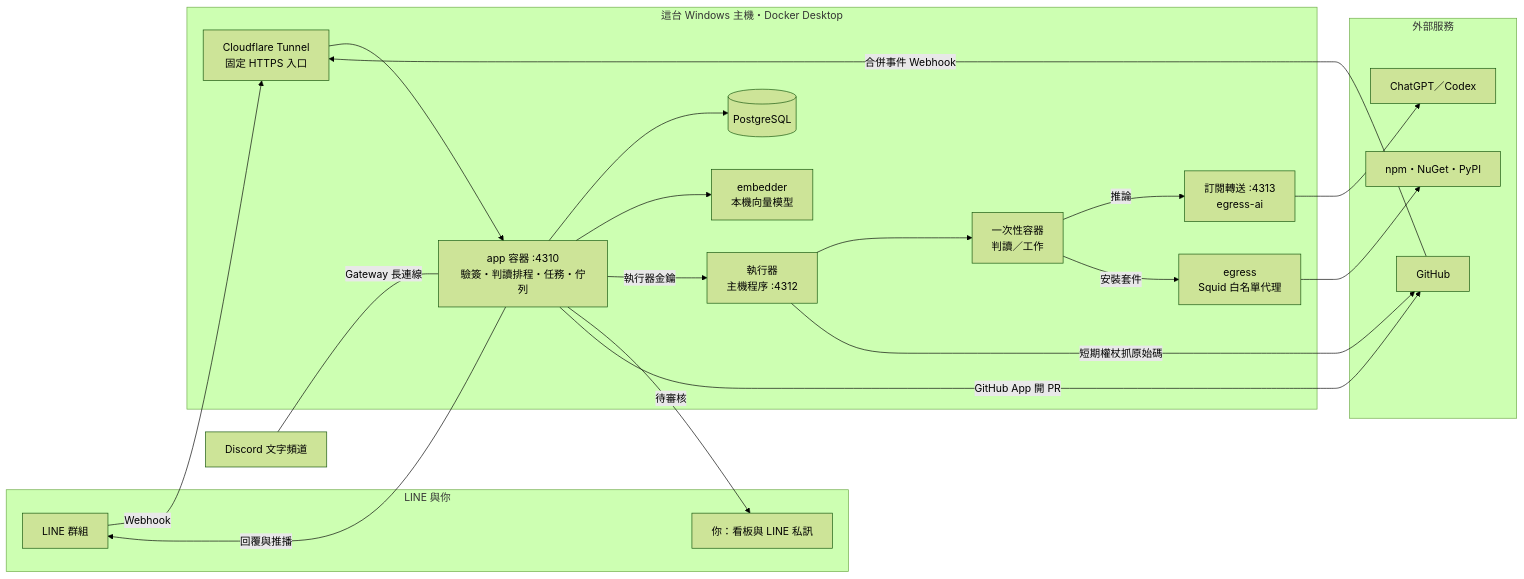
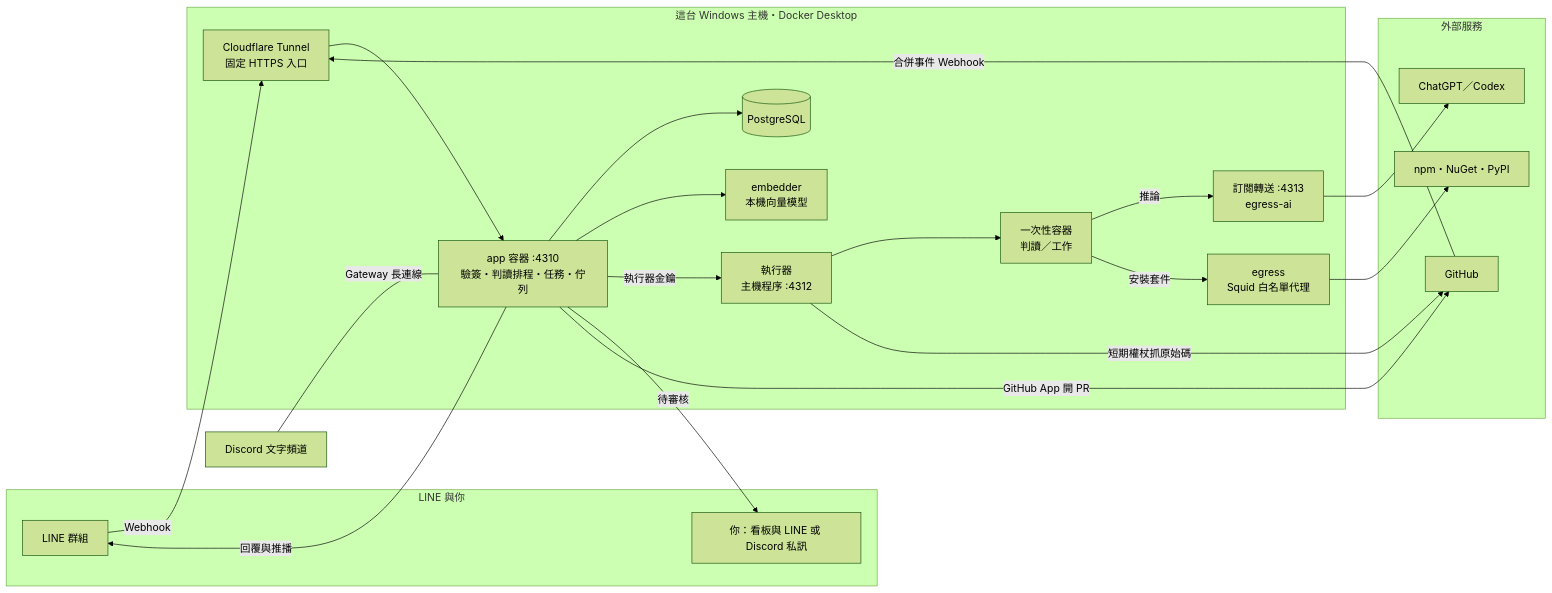
One commit to Andy61490963/chat2pr changed the first of 2 diagrams in README.md. Above: the diagram before and after it, drawn with Mermaid (forest theme). The commit also changed other lines of this file and 40 other files, not shown here.

First line of the commit message:
feat: Discord 回覆、按鈕與斜線指令，管理者通知可選 LINE 或 Discord (#189)

````diff
--- a/README.md
+++ b/README.md
@@ -27,34 +27,34 @@
 ```mermaid
 flowchart LR
   subgraph you[LINE 與你]
     L[LINE 群組]
-    A[你：看板與 LINE 私訊]
+    A[你：看板與 LINE 或 Discord 私訊]
   end
   subgraph host[這台 Windows 主機・Docker Desktop]
     T[Cloudflare Tunnel<br/>固定 HTTPS 入口]
     APP[app 容器 :4310<br/>驗簽・判讀排程・任務・佇列]
     DB[(PostgreSQL)]
     EMB[embedder<br/>本機向量模型]
     R[執行器<br/>主機程序 :4312]
     J[一次性容器<br/>判讀／工作]
     RELAY[訂閱轉送 :4313<br/>egress-ai]
     EG[egress<br/>Squid 白名單代理]
   end
   subgraph ext[外部服務]
     GPT[ChatGPT／Codex]
     GH[GitHub]
     PKG[npm・NuGet・PyPI]
   end
   L -- Webhook --> T --> APP
   D[Discord 文字頻道] ---|Gateway 長連線| APP
   APP --> DB
   APP --> EMB
   APP -- 執行器金鑰 --> R --> J
   J -- 推論 --> RELAY --> GPT
   J -- 安裝套件 --> EG --> PKG
   R -- 短期權杖抓原始碼 --> GH
   APP -- 待審核 --> A
   APP -- GitHub App 開 PR --> GH
   APP -- 回覆與推播 --> L
   GH -- 合併事件 Webhook --> T
 ```
````
